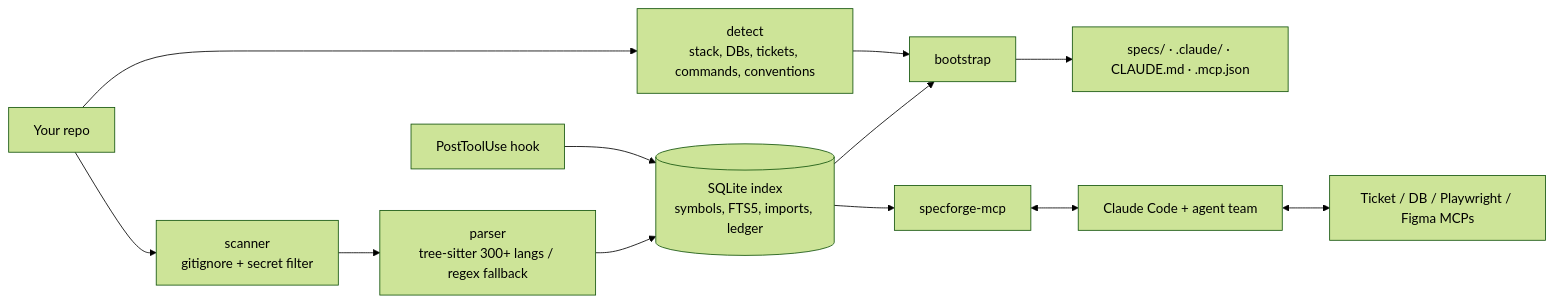
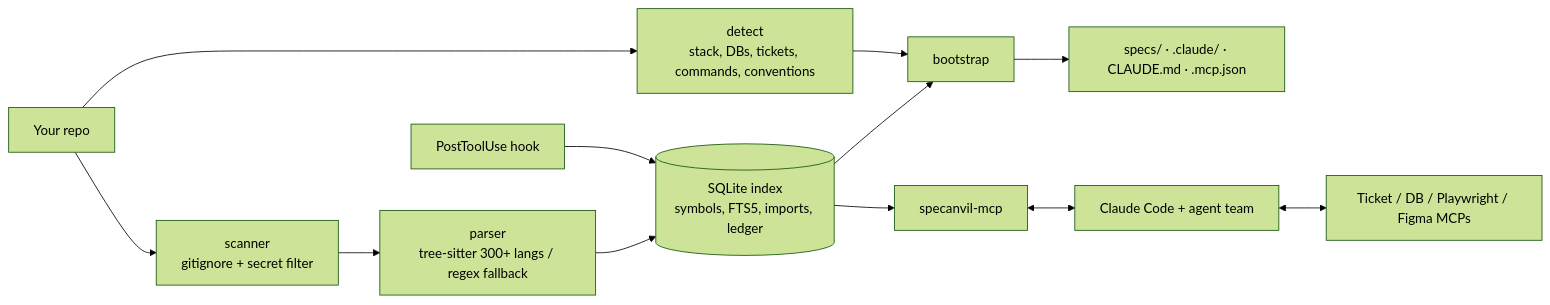
Before and after one commit to Abdulwahab26/SpecAnvil: the diagram in README.md, drawn with Mermaid (forest theme). The commit also changed other lines of this file and 190 other files, not shown here.

````diff
--- a/README.md
+++ b/README.md
@@ -231,14 +233,14 @@
 ```mermaid
 flowchart LR
   R[Your repo] --> S[scanner<br/>gitignore + secret filter]
   S --> P[parser<br/>tree-sitter 300+ langs / regex fallback]
   P --> I[(SQLite index<br/>symbols, FTS5, imports, ledger)]
   R --> D[detect<br/>stack, DBs, tickets, commands, conventions]
   I --> B[bootstrap]
   D --> B
   B --> O[specs/ · .claude/ · CLAUDE.md · .mcp.json]
-  I --> M[specforge-mcp]
+  I --> M[specanvil-mcp]
   M <--> C[Claude Code + agent team]
   C <--> X[Ticket / DB / Playwright / Figma MCPs]
   H[PostToolUse hook] --> I
 ```
````
